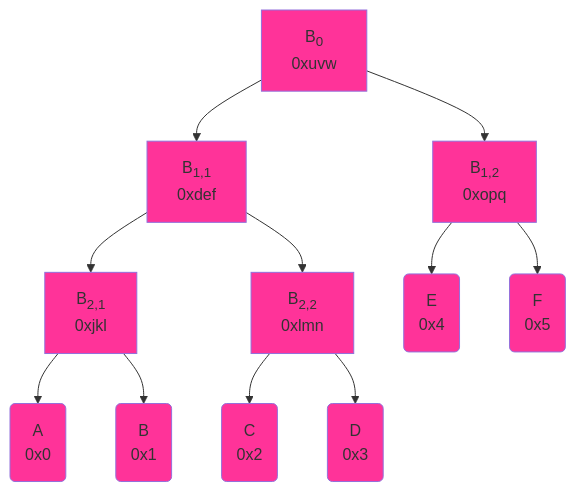
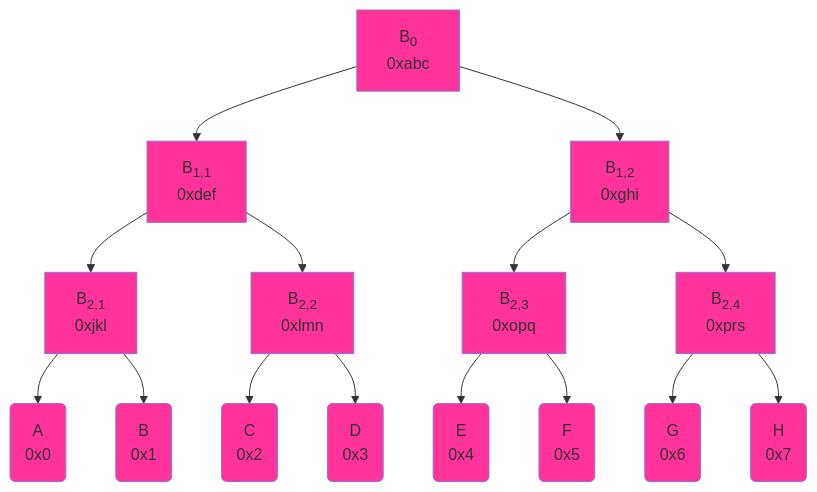
The second of 3 diagrams in docs/source/protocol-guide.rst (attestate/kiwistand), drawn with Mermaid before and after one commit. The commit also changed other lines of this file and 4 other files, not shown here.

```diff
--- a/docs/source/protocol-guide.rst
+++ b/docs/source/protocol-guide.rst
@@ -167,25 +164,33 @@
 .. mermaid::
-   
- graph TD
-     B_0[B<sub>0</sub><br>0xuvw] --> B_1,1[B<sub>1,1</sub><br>0xdef]
-     B_0 --> B_1,2[B<sub>1,2</sub><br>0xopq]
-     B_1,1 --> B_2,1[B<sub>2,1</sub><br>0xjkl]
-     B_1,1 --> B_2,2[B<sub>2,2</sub><br>0xlmn]
-     B_2,1 --> A("A"<br>0x0)
-     B_2,1 --> B("B"<br>0x1)
-     B_2,2 --> C("C"<br>0x2)
-     B_2,2 --> D("D"<br>0x3)
-     B_1,2 --> E("E"<br>0x4)
-     B_1,2 --> F("F"<br>0x5)
+
+    graph TD
+     B_0[B<sub>0</sub><br>0xabc] --> B_1,1[B<sub>1,1</sub><br>0xdef]
+     B_0 -->    B_1,2[B<sub>1,2</sub><br>0xghi]
+     B_1,1 -->  B_2,1[B<sub>2,1</sub><br>0xjkl]
+     B_1,1 -->  B_2,2[B<sub>2,2</sub><br>0xlmn]
+     B_1,2 -->  B_2,3[B<sub>2,3</sub><br>0xopq]
+     B_1,2 -->  B_2,4[B<sub>2,4</sub><br>0xprs]
+     B_2,1 -->  A("A"<br>0x0)
+     B_2,1 -->  B("B"<br>0x1)
+     B_2,2 -->  C("C"<br>0x2)
+     B_2,2 -->  D("D"<br>0x3)
+     B_2,3 -->  E("E"<br>0x4)
+     B_2,3 -->  F("F"<br>0x5)
+     B_2,4 -->  G("G"<br>0x6)
+     B_2,4 -->  H("H"<br>0x7)
 
      style B_0 fill:#FF3399
      style B_1,1 fill:#FF3399
      style B_2,1 fill:#FF3399
      style B_2,2 fill:#FF3399
      style B_1,2 fill:#FF3399
+     style B_2,3 fill:#FF3399
+     style B_2,4 fill:#FF3399
      style A fill:#FF3399
      style B fill:#FF3399
      style C fill:#FF3399
      style D fill:#FF3399
      style E fill:#FF3399
      style F fill:#FF3399
+     style G fill:#FF3399
+     style H fill:#FF3399
```
